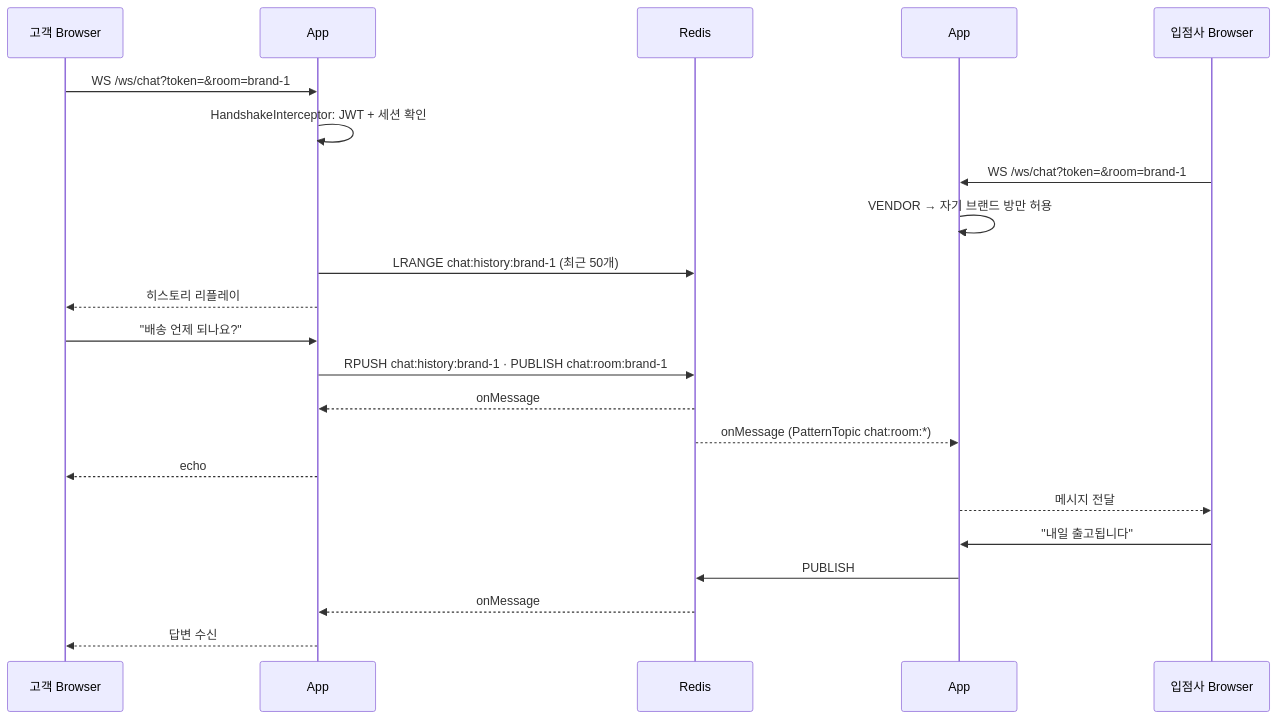
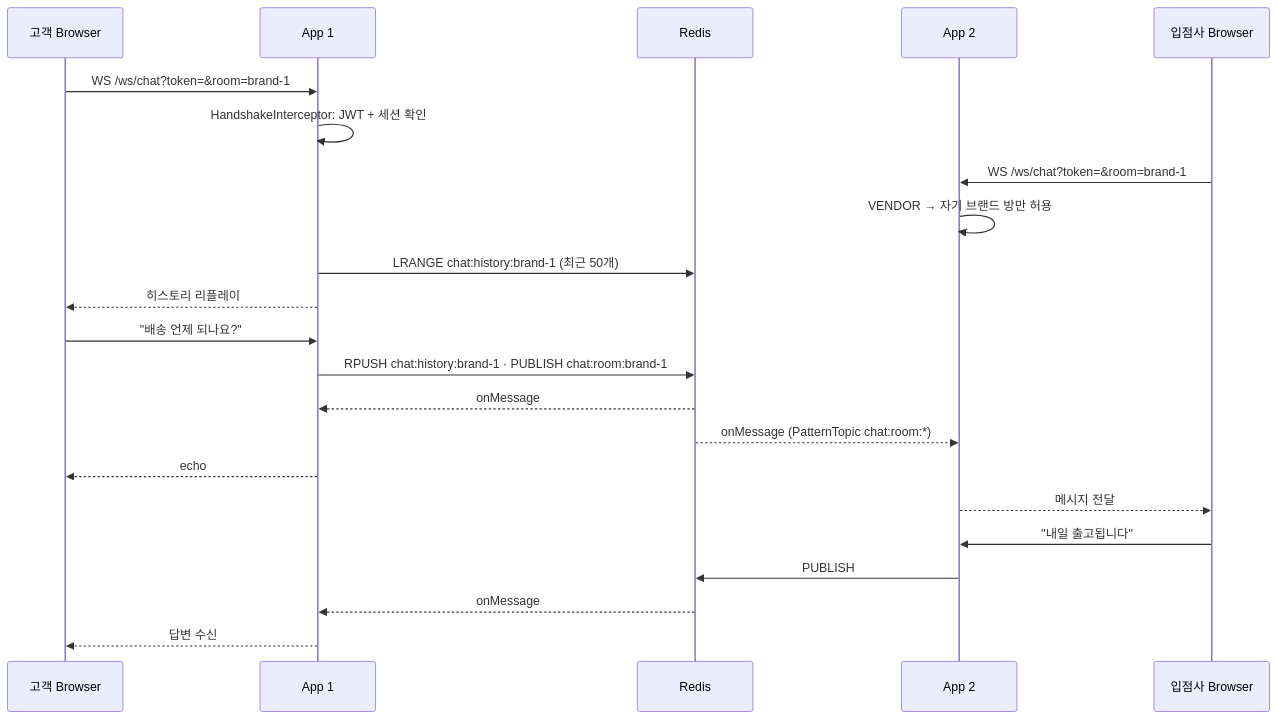
Before and after one commit to Fangsangik/soo-shinsa: the third of 3 diagrams in README.md, drawn with Mermaid.

Commit message:
docs: 채팅 시퀀스 참가자 이름에서 # 제거 (Mermaid 렌더링)

````diff
--- a/README.md
+++ b/README.md
@@ -139,26 +139,26 @@
 ```mermaid
 sequenceDiagram
     participant C as 고객 Browser
-    participant A1 as App #1
+    participant A1 as App 1
     participant R as Redis
-    participant A2 as App #2
+    participant A2 as App 2
     participant V as 입점사 Browser
 
     C->>A1: WS /ws/chat?token=&room=brand-1
     A1->>A1: HandshakeInterceptor: JWT + 세션 확인
     V->>A2: WS /ws/chat?token=&room=brand-1
     A2->>A2: VENDOR → 자기 브랜드 방만 허용
     A1->>R: LRANGE chat:history:brand-1 (최근 50개)
     A1-->>C: 히스토리 리플레이
 
     C->>A1: "배송 언제 되나요?"
     A1->>R: RPUSH chat:history:brand-1 · PUBLISH chat:room:brand-1
     R-->>A1: onMessage
     R-->>A2: onMessage (PatternTopic chat:room:*)
     A1-->>C: echo
     A2-->>V: 메시지 전달
     V->>A2: "내일 출고됩니다"
     A2->>R: PUBLISH
     R-->>A1: onMessage
     A1-->>C: 답변 수신
 ```
````
